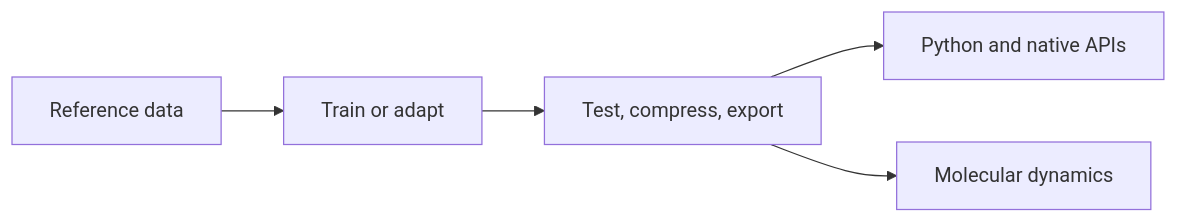
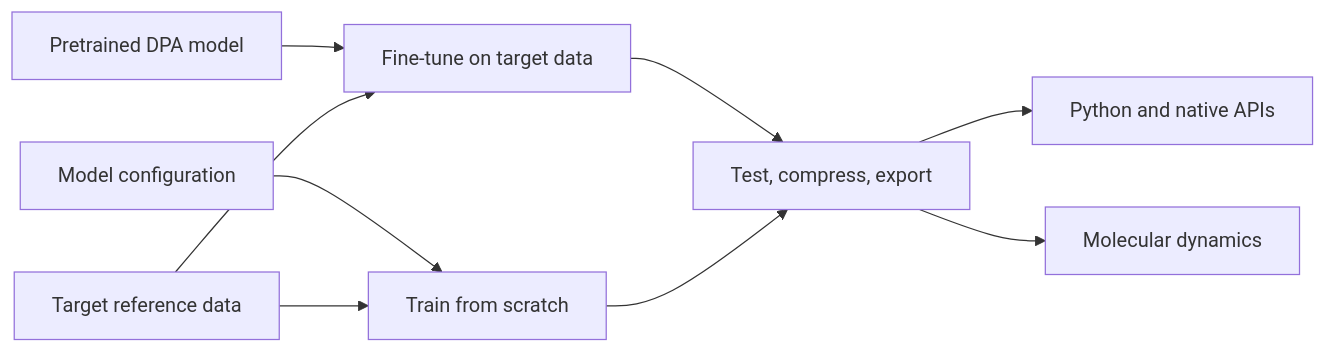
Before and after one commit to deepmodeling/deepmd-kit: the diagram in README.md, drawn with Mermaid. The commit also changed other lines of this file and 2 other files, not shown here.

First line of the commit message:
docs: highlight pretrained fine-tuning workflows

````diff
--- a/README.md
+++ b/README.md
@@ -55,7 +63,11 @@
 ```mermaid
 flowchart LR
-    A["Reference data"] --> B["Train or adapt"]
-    B --> C["Test, compress, export"]
-    C --> D["Python and native APIs"]
-    C --> E["Molecular dynamics"]
+    A["Pretrained DPA model"] --> C["Fine-tune on target data"]
+    B["Model configuration"] --> D["Train from scratch"]
+    E["Target reference data"] --> C
+    E --> D
+    C --> F["Test, compress, export"]
+    D --> F
+    F --> G["Python and native APIs"]
+    F --> H["Molecular dynamics"]
 ```
````
